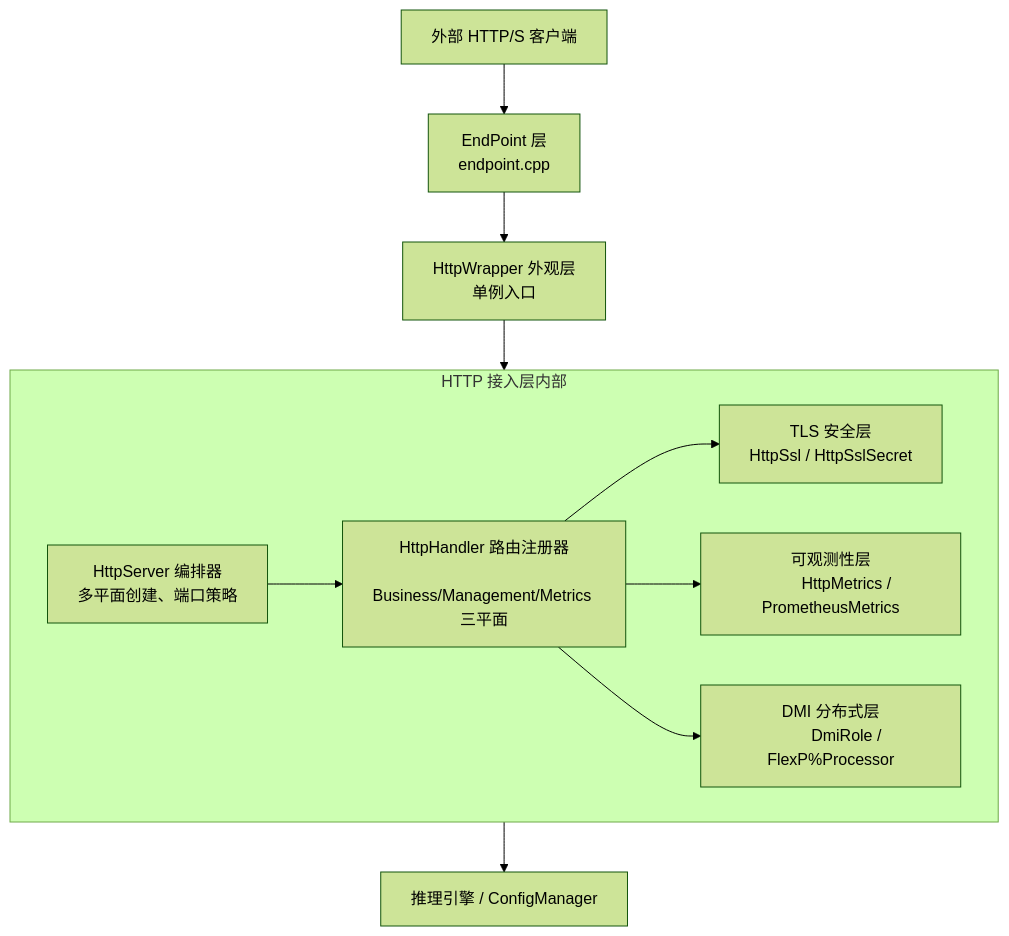
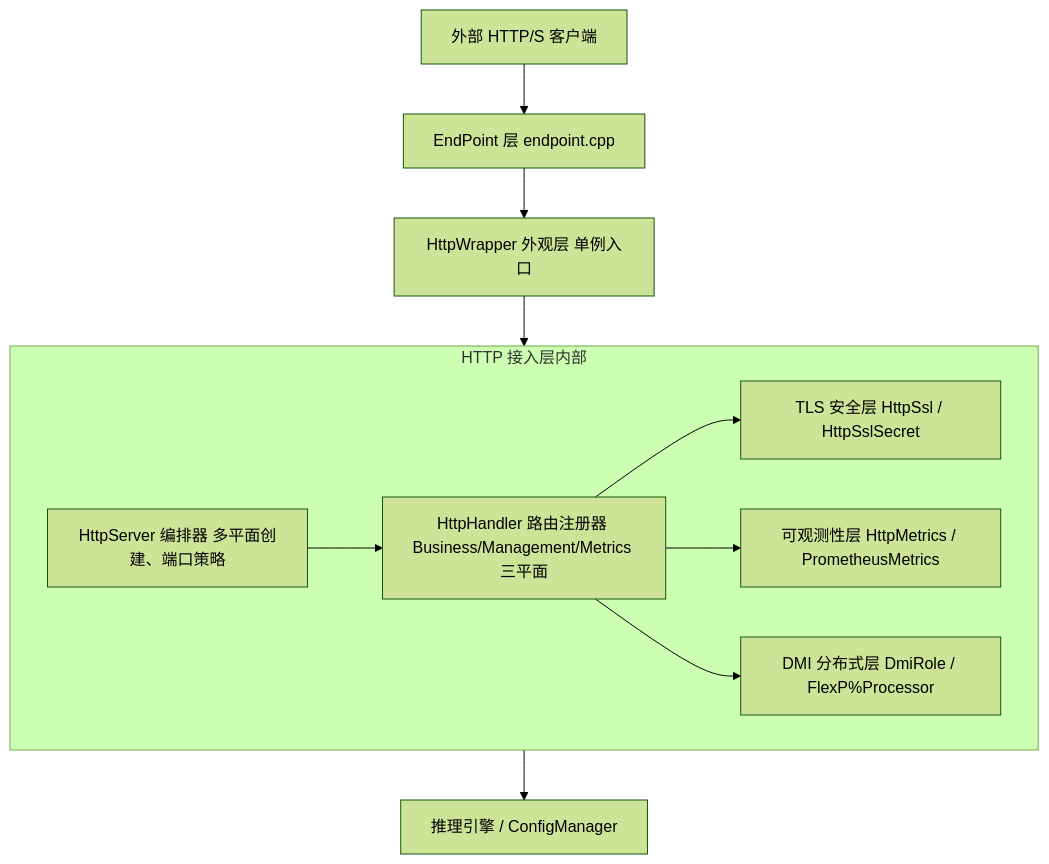
The first of 4 diagrams in docs/topics/http-server.md (Lyr-GW/interview-docs), drawn with Mermaid (forest theme) before and after one commit. The commit also changed other lines of this file and 6 other files, not shown here.

Commit message:
fix: collapse multiline mermaid labels to single line

````diff
--- a/docs/topics/http-server.md
+++ b/docs/topics/http-server.md
@@ -29,29 +29,22 @@
 ```mermaid
 flowchart TB
     Client[外部 HTTP/S 客户端]
-    EP[EndPoint 层
-        endpoint.cpp]
-    HW[HttpWrapper 外观层
-        单例入口]
+    EP[EndPoint 层 endpoint.cpp]
+    HW[HttpWrapper 外观层 单例入口]
     
     subgraph INNER[HTTP 接入层内部]
-        HS[HttpServer 编排器
-        多平面创建、端口策略]
-        HH[HttpHandler 路由注册器
-        Business/Management/Metrics 三平面]
-        Sec[TLS 安全层
-        HttpSsl / HttpSslSecret]
-        Obs[可观测性层
-        HttpMetrics / PrometheusMetrics]
-        DMI[DMI 分布式层
-        DmiRole / FlexP%Processor]
+        HS[HttpServer 编排器 多平面创建、端口策略]
+        HH[HttpHandler 路由注册器 Business/Management/Metrics 三平面]
+        Sec[TLS 安全层 HttpSsl / HttpSslSecret]
+        Obs[可观测性层 HttpMetrics / PrometheusMetrics]
+        DMI[DMI 分布式层 DmiRole / FlexP%Processor]
     end
     
     Infra[推理引擎 / ConfigManager]
     
     Client --> EP --> HW --> INNER
     HS --> HH --> Sec
     HH --> Obs
     HH --> DMI
     INNER --> Infra
 ```
````
